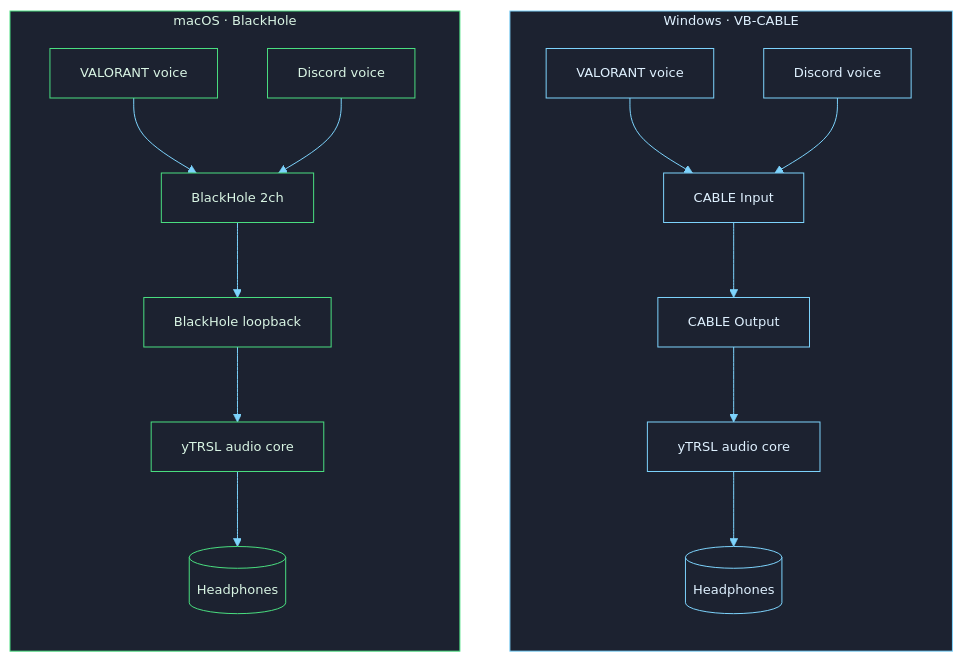
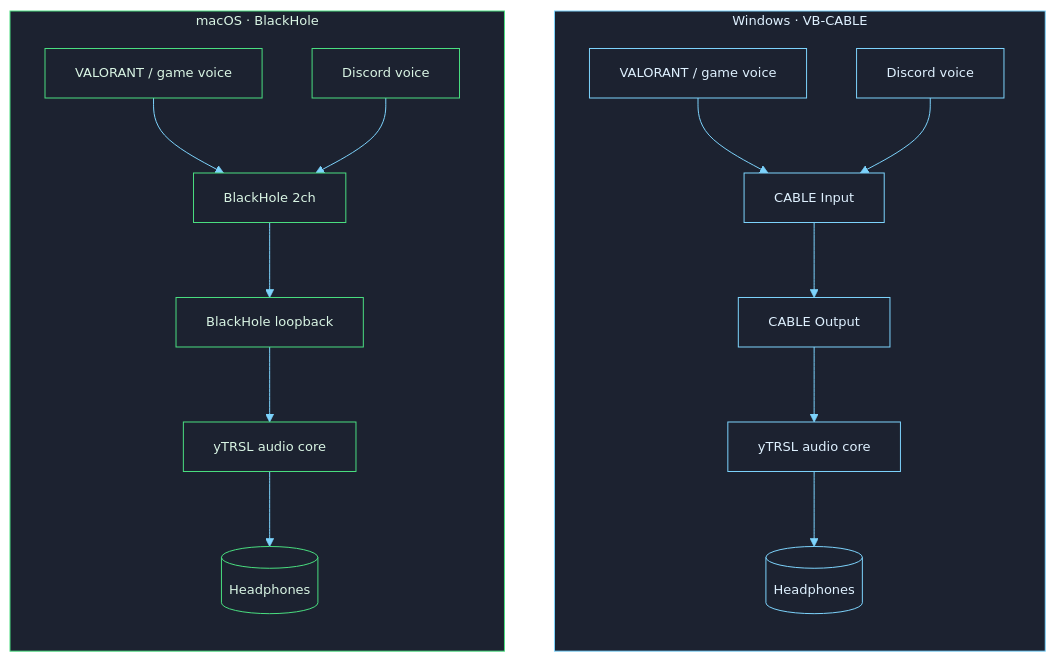
One commit to jxstme22/ztrsl changed the second of 4 diagrams in README.md. Above: the diagram before and after it, drawn with Mermaid. The commit also changed other lines of this file, not shown here.

First line of the commit message:
docs: rewrite README for general-purpose use, keep VALORANT flagship

````diff
--- a/README.md
+++ b/README.md
@@ -219,29 +221,29 @@
 ```mermaid
 %%{init: {"theme": "base", "themeVariables": {
   "background": "#0e1117", "primaryColor": "#161a22", "primaryTextColor": "#e8eaed",
   "primaryBorderColor": "#2c3340", "lineColor": "#7dd3fc", "textColor": "#e8eaed",
   "secondaryColor": "#1c2230", "tertiaryColor": "#232a38", "fontSize": "13px",
   "clusterBkg": "#12161e", "clusterBorder": "#2c3340"
 }}}%%
 flowchart TB
   subgraph WIN["Windows · VB-CABLE"]
     direction TB
-    VC["VALORANT voice"] --> CI["CABLE Input"]
+    VC["VALORANT / game voice"] --> CI["CABLE Input"]
     DC["Discord voice"] --> CI
     CI --> CO["CABLE Output"] --> WC["yTRSL audio core"]
     WC --> HP[("Headphones")]
   end
 
   subgraph MAC["macOS · BlackHole"]
     direction TB
-    VM["VALORANT voice"] --> BI["BlackHole 2ch"]
+    VM["VALORANT / game voice"] --> BI["BlackHole 2ch"]
     DM["Discord voice"] --> BI
     BI --> BO["BlackHole loopback"] --> MC["yTRSL audio core"]
     MC --> MH[("Headphones")]
   end
 
   classDef win fill:#1c2230,stroke:#7dd3fc,color:#dff1ff;
   classDef mac fill:#1c2230,stroke:#4ade80,color:#d9f5e4;
   class WIN,VC,CI,DC,CO,WC,HP win;
   class MAC,VM,BI,DM,BO,MC,MH mac;
 ```
````
